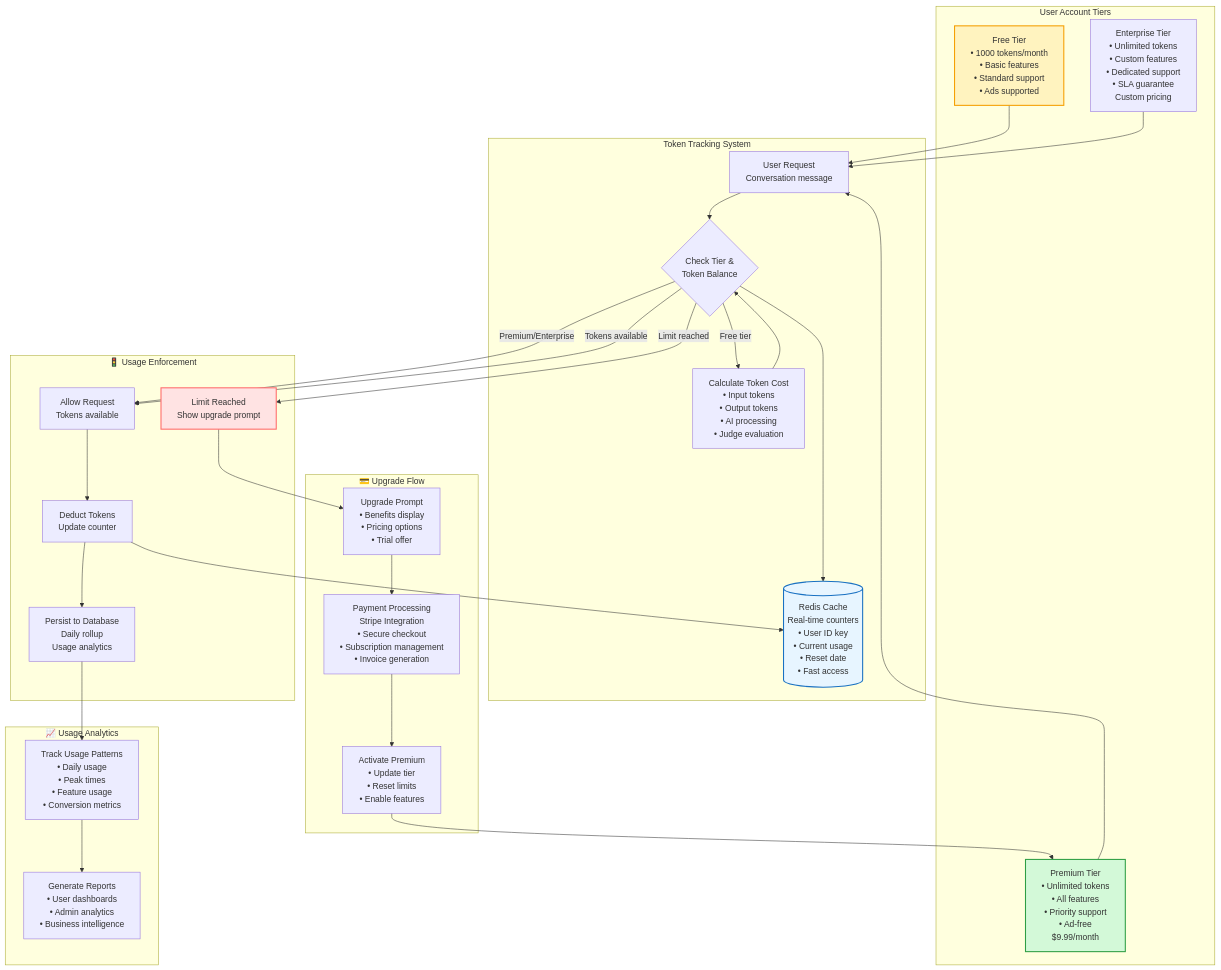
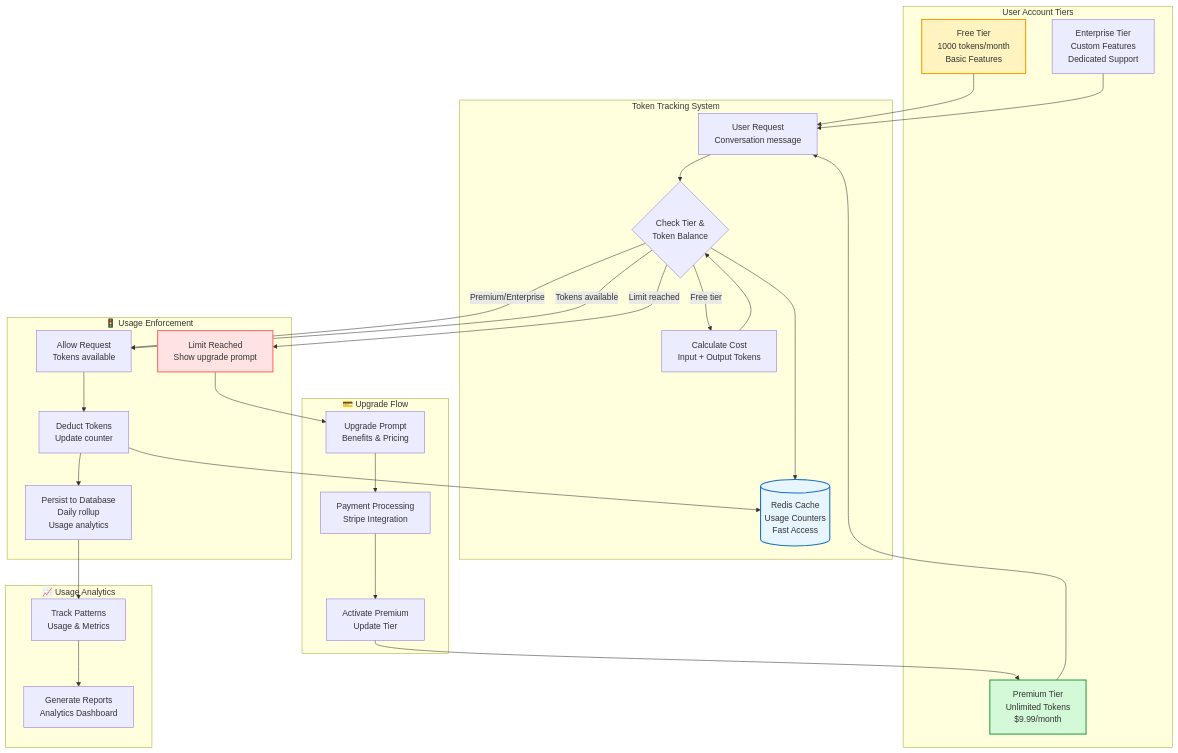
One commit to gauravpandeydigilantern/ZIA changed the ninth of 16 diagrams in README.md. Above: the diagram before and after it, drawn with Mermaid. The commit also changed other lines of this file, not shown here.

````diff
--- a/README.md
+++ b/README.md
@@ -844,75 +830,75 @@
 ```mermaid
 graph TB
     subgraph UserTiers["User Account Tiers"]
-        FREE[Free Tier<br/>• 1000 tokens/month<br/>• Basic features<br/>• Standard support<br/>• Ads supported]
+        FREE[Free Tier<br/>1000 tokens/month<br/>Basic Features]
         
-        PREMIUM[Premium Tier<br/>• Unlimited tokens<br/>• All features<br/>• Priority support<br/>• Ad-free<br/>$9.99/month]
+        PREMIUM[Premium Tier<br/>Unlimited Tokens<br/>$9.99/month]
         
-        ENTERPRISE[Enterprise Tier<br/>• Unlimited tokens<br/>• Custom features<br/>• Dedicated support<br/>• SLA guarantee<br/>Custom pricing]
+        ENTERPRISE[Enterprise Tier<br/>Custom Features<br/>Dedicated Support]
     end
     
     subgraph TokenTracking["Token Tracking System"]
         REQUEST[User Request<br/>Conversation message]
         
         CHECK{Check Tier &<br/>Token Balance}
         
-        REDIS[(Redis Cache<br/>Real-time counters<br/>• User ID key<br/>• Current usage<br/>• Reset date<br/>• Fast access)]
+        REDIS[(Redis Cache<br/>Usage Counters<br/>Fast Access)]
         
-        CALCULATE[Calculate Token Cost<br/>• Input tokens<br/>• Output tokens<br/>• AI processing<br/>• Judge evaluation]
+        CALCULATE[Calculate Cost<br/>Input + Output Tokens]
     end
     
     subgraph Enforcement["🚦 Usage Enforcement"]
         ALLOW[Allow Request<br/>Tokens available]
         
         LIMIT[Limit Reached<br/>Show upgrade prompt]
         
         DEDUCT[Deduct Tokens<br/>Update counter]
         
         PERSIST[Persist to Database<br/>Daily rollup<br/>Usage analytics]
     end
     
     subgraph UpgradeFlow["💳 Upgrade Flow"]
-        PROMPT[Upgrade Prompt<br/>• Benefits display<br/>• Pricing options<br/>• Trial offer]
+        PROMPT[Upgrade Prompt<br/>Benefits & Pricing]
         
-        PAYMENT[Payment Processing<br/>Stripe Integration<br/>• Secure checkout<br/>• Subscription management<br/>• Invoice generation]
+        PAYMENT[Payment Processing<br/>Stripe Integration]
         
-        ACTIVATE[Activate Premium<br/>• Update tier<br/>• Reset limits<br/>• Enable features]
+        ACTIVATE[Activate Premium<br/>Update Tier]
     end
     
     subgraph Analytics["📈 Usage Analytics"]
-        TRACK[Track Usage Patterns<br/>• Daily usage<br/>• Peak times<br/>• Feature usage<br/>• Conversion metrics]
+        TRACK[Track Patterns<br/>Usage & Metrics]
         
-        REPORT[Generate Reports<br/>• User dashboards<br/>• Admin analytics<br/>• Business intelligence]
+        REPORT[Generate Reports<br/>Analytics Dashboard]
     end
     
     FREE --> REQUEST
     PREMIUM --> REQUEST
     ENTERPRISE --> REQUEST
     
     REQUEST --> CHECK
     CHECK --> REDIS
     
     CHECK -->|Free tier| CALCULATE
     CHECK -->|Premium/Enterprise| ALLOW
     
     CALCULATE --> CHECK
     CHECK -->|Tokens available| ALLOW
     CHECK -->|Limit reached| LIMIT
     
     ALLOW --> DEDUCT
     DEDUCT --> REDIS
     DEDUCT --> PERSIST
     
     LIMIT --> PROMPT
     PROMPT --> PAYMENT
     PAYMENT --> ACTIVATE
     ACTIVATE --> PREMIUM
     
     PERSIST --> TRACK
     TRACK --> REPORT
     
     style FREE fill:#fff3bf,stroke:#f59f00,stroke-width:2px
     style PREMIUM fill:#d3f9d8,stroke:#2f9e44,stroke-width:2px
     style LIMIT fill:#ffe3e3,stroke:#ff6b6b,stroke-width:2px
     style REDIS fill:#e7f5ff,stroke:#1971c2,stroke-width:2px
 ```
````
